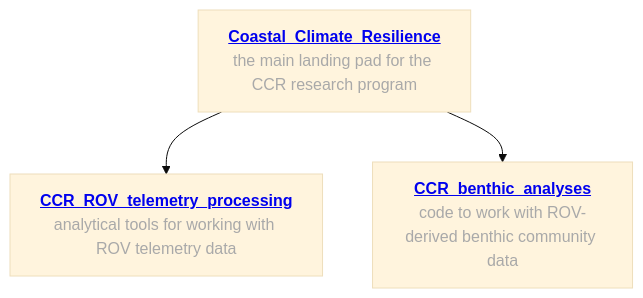
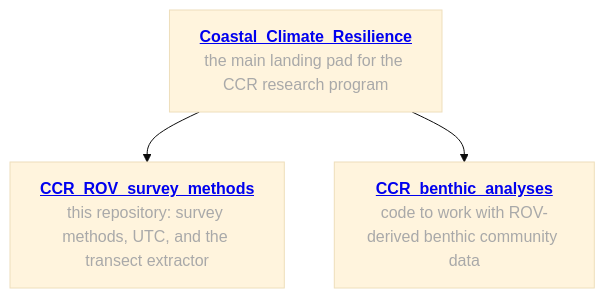
Before and after one commit to Seattle-Aquarium/CCR_ROV_survey_methods: the first of 2 diagrams in README.md, drawn with Mermaid (base theme). The commit also changed 1 other file, not shown here.

Commit message:
Fix the CI failure, and drop the old repository name
CI has failed on every push since 2026-09-03. One test was at fault, and it
was mine: test_epochs_come_from_the_plan_not_the_file read the resolved epoch
back with a bare datetime.fromtimestamp, which uses whatever timezone the
machine sits in. In Seattle that is 09:25:23 and the test passes; the CI
runner is on UTC, where the same instant is 16:25:23. The product code was
correct throughout -- only the assertion was parochial. It now reads the
epoch in the plan's own timezone, so it gives the same answer anywhere.

Every run from "Handle per-transect trims" onward failed for this one reason,
including both of Reid's, which inherited it.

Also drops the last reference to CCR_ROV_telemetry_processing. That name and
CCR_analytical_resources are both rename redirects to this repository, so the
diagram node linked to itself under one old name while labelled with another.
It now names the repository as it stands. The git remote was updated to match
separately; it is not tracked.

````diff
--- a/README.md
+++ b/README.md
@@ -146,11 +146,11 @@
 ```mermaid
 graph TD
 
 A["<a href='https://github.com/Seattle-Aquarium/Coastal_Climate_Resilience' target='_blank' style='font-size: 16px; font-weight: bold;'>Coastal_Climate_Resilience</a><br><font color='darkgray'>the main landing pad for the CCR research program</font>"]
 
-A --> E["<a href='https://github.com/Seattle-Aquarium/CCR_analytical_resources' target='_blank' style='font-size: 16px; font-weight: bold;'>CCR_ROV_telemetry_processing</a><br><font color='darkgray'>analytical tools for working with ROV telemetry data</font>"]
+A --> E["<a href='https://github.com/Seattle-Aquarium/CCR_ROV_survey_methods' target='_blank' style='font-size: 16px; font-weight: bold;'>CCR_ROV_survey_methods</a><br><font color='darkgray'>this repository: survey methods, UTC, and the transect extractor</font>"]
 
 A --> F["<a href='https://github.com/Seattle-Aquarium/CCR_benthic_analyses' target='_blank' style='font-size: 16px; font-weight: bold;'>CCR_benthic_analyses</a><br><font color='darkgray'>code to work with ROV-derived benthic community data</font>"]
 
 
 ```
````
